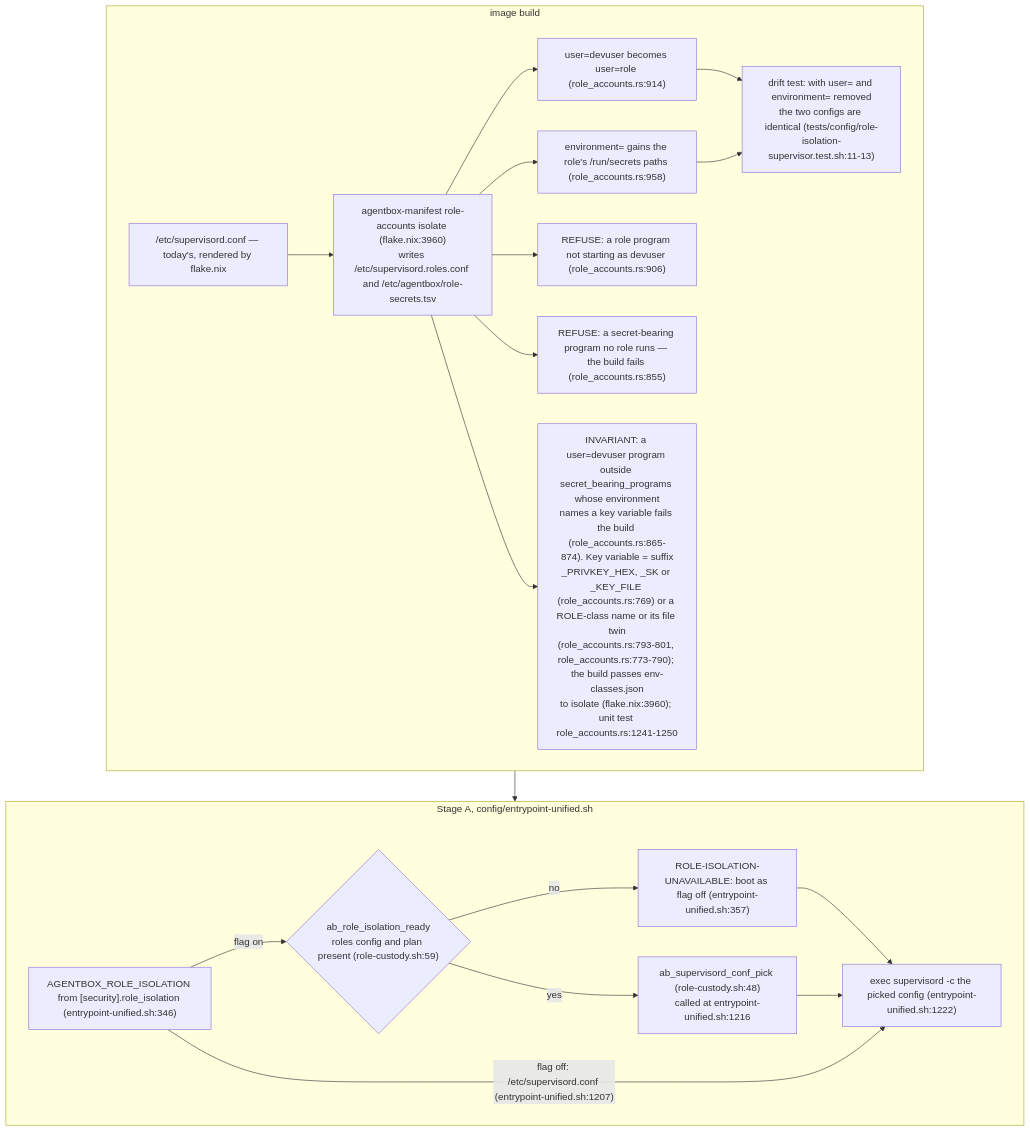
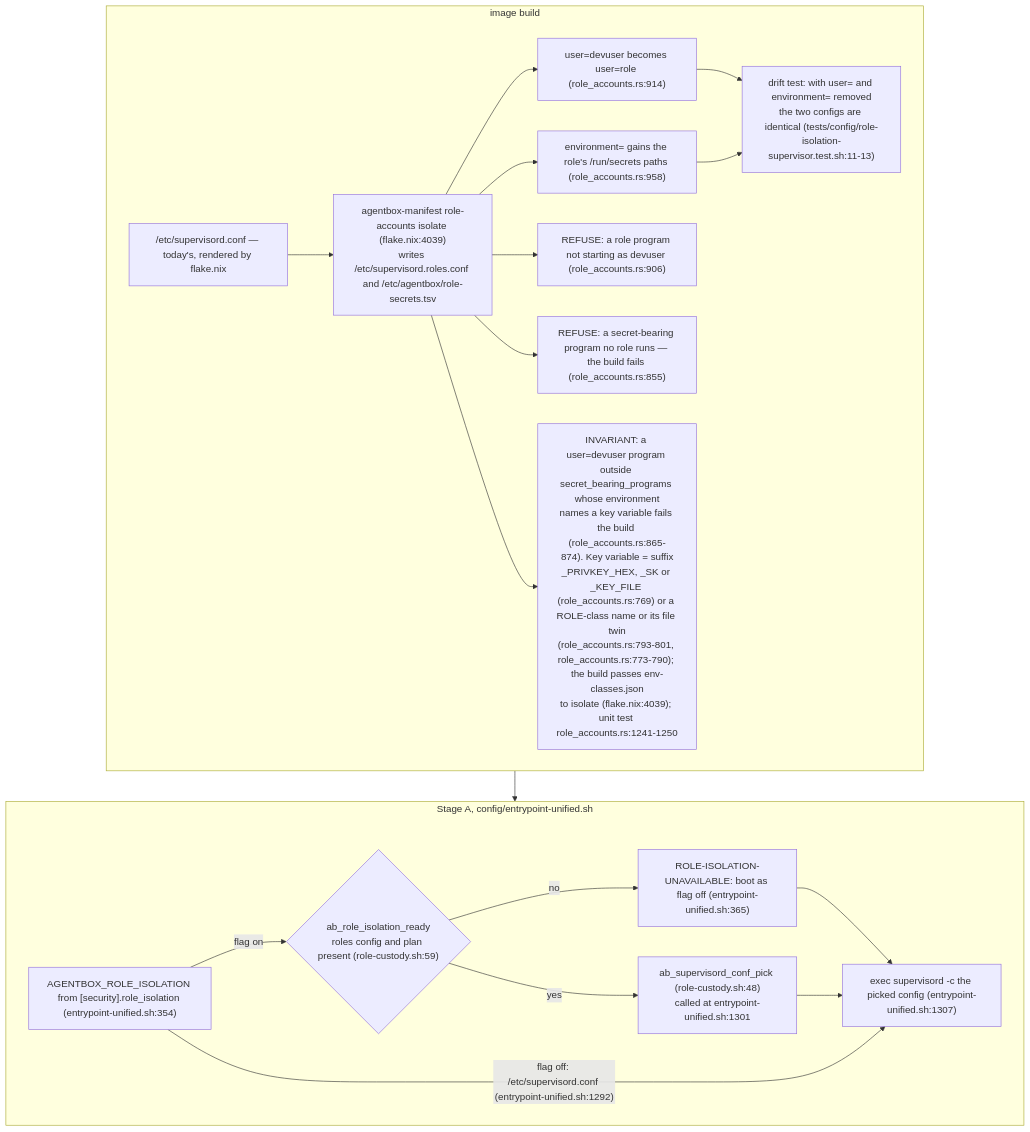
The second of 7 diagrams in docs/diagrams/agentbox/36-role-isolation-and-identity-port.md (DreamLab-AI/VisionFlow), drawn with Mermaid before and after one commit. The commit also changed other lines of this file and 160 other files, not shown here.

````diff
--- a/docs/diagrams/agentbox/36-role-isolation-and-identity-port.md
+++ b/docs/diagrams/agentbox/36-role-isolation-and-identity-port.md
@@ -83,28 +85,28 @@
 ```mermaid
 flowchart TB
     subgraph BUILD["image build"]
         TODAY["/etc/supervisord.conf — today's, rendered by flake.nix"]
-        ISO["agentbox-manifest role-accounts isolate (flake.nix:3960)<br/>writes /etc/supervisord.roles.conf and /etc/agentbox/role-secrets.tsv"]
+        ISO["agentbox-manifest role-accounts isolate (flake.nix:4039)<br/>writes /etc/supervisord.roles.conf and /etc/agentbox/role-secrets.tsv"]
         TODAY --> ISO
         ISO --> R1["user=devuser becomes user=role (role_accounts.rs:914)"]
         ISO --> R2["environment= gains the role's /run/secrets paths (role_accounts.rs:958)"]
         ISO --> F1["REFUSE: a role program not starting as devuser (role_accounts.rs:906)"]
         ISO --> F2["REFUSE: a secret-bearing program no role runs — the build fails (role_accounts.rs:855)"]
-        ISO --> F3["INVARIANT: a user=devuser program outside secret_bearing_programs whose environment<br/>names a key variable fails the build (role_accounts.rs:865-874). Key variable = suffix<br/>_PRIVKEY_HEX, _SK or _KEY_FILE (role_accounts.rs:769) or a ROLE-class name or its file twin<br/>(role_accounts.rs:793-801, role_accounts.rs:773-790); the build passes env-classes.json<br/>to isolate (flake.nix:3960); unit test role_accounts.rs:1241-1250"]
+        ISO --> F3["INVARIANT: a user=devuser program outside secret_bearing_programs whose environment<br/>names a key variable fails the build (role_accounts.rs:865-874). Key variable = suffix<br/>_PRIVKEY_HEX, _SK or _KEY_FILE (role_accounts.rs:769) or a ROLE-class name or its file twin<br/>(role_accounts.rs:793-801, role_accounts.rs:773-790); the build passes env-classes.json<br/>to isolate (flake.nix:4039); unit test role_accounts.rs:1241-1250"]
         T["drift test: with user= and environment= removed<br/>the two configs are identical (tests/config/role-isolation-supervisor.test.sh:11-13)"]
         R1 --> T
         R2 --> T
     end
     subgraph BOOT["Stage A, config/entrypoint-unified.sh"]
-        FLAG["AGENTBOX_ROLE_ISOLATION from [security].role_isolation (entrypoint-unified.sh:346)"]
+        FLAG["AGENTBOX_ROLE_ISOLATION from [security].role_isolation (entrypoint-unified.sh:354)"]
         READY{"ab_role_isolation_ready<br/>roles config and plan present (role-custody.sh:59)"}
-        UN["ROLE-ISOLATION-UNAVAILABLE: boot as flag off (entrypoint-unified.sh:357)"]
-        PICK["ab_supervisord_conf_pick (role-custody.sh:48)<br/>called at entrypoint-unified.sh:1216"]
-        EXEC["exec supervisord -c the picked config (entrypoint-unified.sh:1222)"]
+        UN["ROLE-ISOLATION-UNAVAILABLE: boot as flag off (entrypoint-unified.sh:365)"]
+        PICK["ab_supervisord_conf_pick (role-custody.sh:48)<br/>called at entrypoint-unified.sh:1301"]
+        EXEC["exec supervisord -c the picked config (entrypoint-unified.sh:1307)"]
         FLAG -->|"flag on"| READY
         READY -->|"no"| UN --> EXEC
         READY -->|"yes"| PICK --> EXEC
-        FLAG -->|"flag off: /etc/supervisord.conf (entrypoint-unified.sh:1207)"| EXEC
+        FLAG -->|"flag off: /etc/supervisord.conf (entrypoint-unified.sh:1292)"| EXEC
     end
     BUILD --> BOOT
 ```
````
